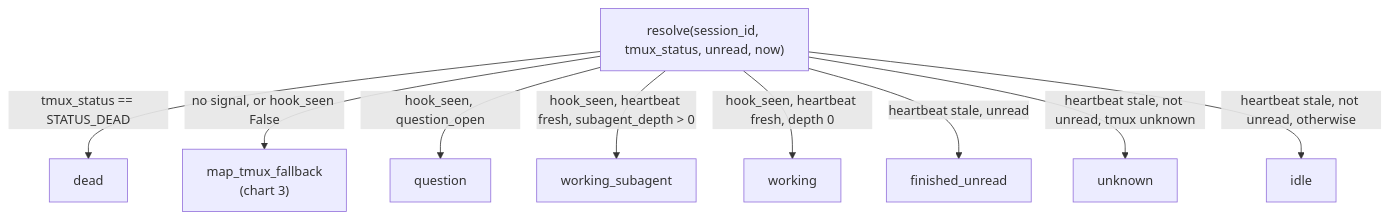
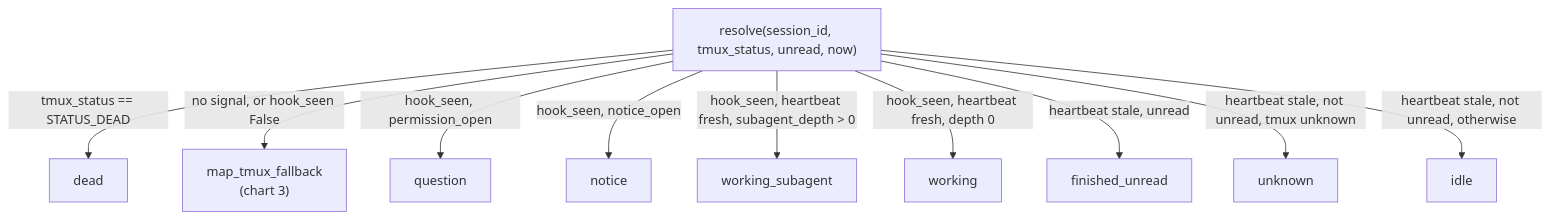
Before and after one commit to ccsliinc/CloudeCode: the second of 12 diagrams in docs/session-status-model.md, drawn with Mermaid. The commit also changed other lines of this file and 25 other files, not shown here.

````diff
--- a/docs/session-status-model.md
+++ b/docs/session-status-model.md
@@ -73,21 +73,23 @@
 ```mermaid
 flowchart TD
     R["resolve(session_id, tmux_status, unread, now)"]
 
     R -->|"tmux_status == STATUS_DEAD"| dead
     R -->|"no signal, or hook_seen False"| FB["map_tmux_fallback<br/>(chart 3)"]
-    R -->|"hook_seen, question_open"| question
+    R -->|"hook_seen, permission_open"| question
+    R -->|"hook_seen, notice_open"| notice
     R -->|"hook_seen, heartbeat fresh, subagent_depth > 0"| wsub
     R -->|"hook_seen, heartbeat fresh, depth 0"| working
     R -->|"heartbeat stale, unread"| fin
     R -->|"heartbeat stale, not unread, tmux unknown"| unknown
     R -->|"heartbeat stale, not unread, otherwise"| idle
 
     dead["dead"]
     question["question"]
+    notice["notice"]
     wsub["working_subagent"]
     working["working"]
     fin["finished_unread"]
     idle["idle"]
     unknown["unknown"]
 ```
````
